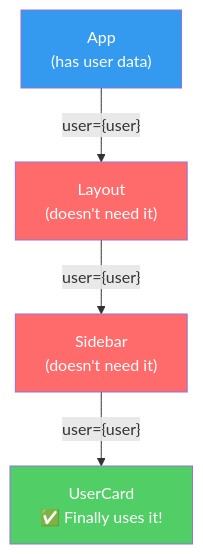
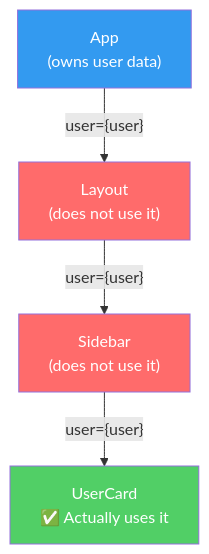
The tenth of 21 diagrams in REACT-HOOKS-DEEP-DIVE.md (vaishali86c/React-revision-book), drawn with Mermaid before and after one commit. The commit also changed other lines of this file, not shown here.

````diff
--- a/REACT-HOOKS-DEEP-DIVE.md
+++ b/REACT-HOOKS-DEEP-DIVE.md
@@ -375,11 +376,11 @@
 ```mermaid
 graph TD
-    A["App\n(has user data)"] -- "user={user}" --> B["Layout\n(doesn't need it)"]
-    B -- "user={user}" --> C["Sidebar\n(doesn't need it)"]
-    C -- "user={user}" --> D["UserCard\n✅ Finally uses it!"]
+    A["App\n(owns user data)"] -- "user={user}" --> B["Layout\n(does not use it)"]
+    B -- "user={user}" --> C["Sidebar\n(does not use it)"]
+    C -- "user={user}" --> D["UserCard\n✅ Actually uses it"]
 
     style A fill:#339af0,color:#fff
     style B fill:#ff6b6b,color:#fff
     style C fill:#ff6b6b,color:#fff
     style D fill:#51cf66,color:#fff
 ```
````
